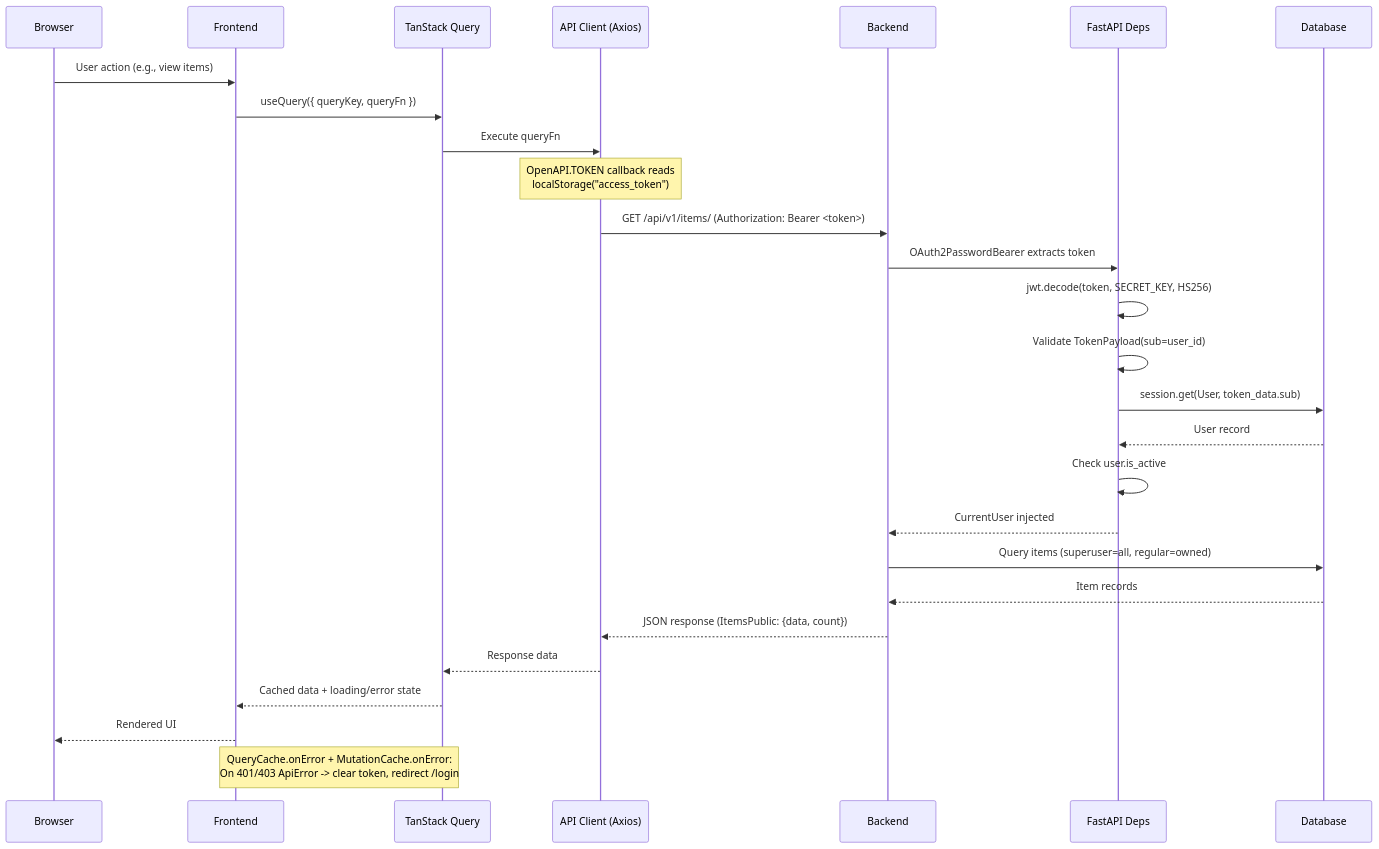
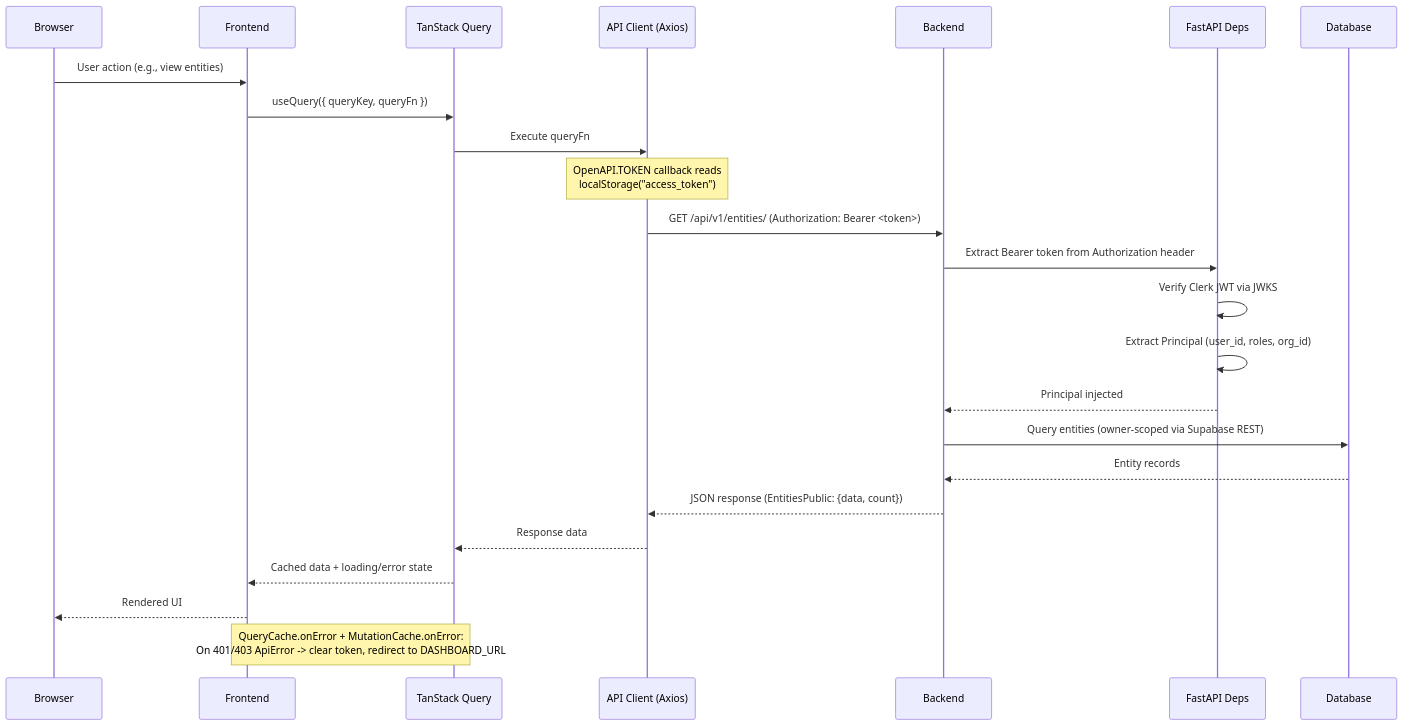
Before and after one commit to Aygentic/Aygentic-starter-template: the third of 6 diagrams in docs/architecture/overview.md, drawn with Mermaid. The commit also changed other lines of this file and 5 other files, not shown here.

````diff
--- a/docs/architecture/overview.md
+++ b/docs/architecture/overview.md
@@ -152,31 +157,28 @@
 ```mermaid
 sequenceDiagram
     participant Browser
     participant Frontend
     participant TanStackQuery as TanStack Query
     participant APIClient as API Client (Axios)
     participant Backend
     participant Dependencies as FastAPI Deps
     participant Database
 
-    Browser->>Frontend: User action (e.g., view items)
+    Browser->>Frontend: User action (e.g., view entities)
     Frontend->>TanStackQuery: useQuery({ queryKey, queryFn })
     TanStackQuery->>APIClient: Execute queryFn
     Note over APIClient: OpenAPI.TOKEN callback reads<br/>localStorage("access_token")
-    APIClient->>Backend: GET /api/v1/items/ (Authorization: Bearer <token>)
-    Backend->>Dependencies: OAuth2PasswordBearer extracts token
-    Dependencies->>Dependencies: jwt.decode(token, SECRET_KEY, HS256)
-    Dependencies->>Dependencies: Validate TokenPayload(sub=user_id)
-    Dependencies->>Database: session.get(User, token_data.sub)
-    Database-->>Dependencies: User record
-    Dependencies->>Dependencies: Check user.is_active
-    Dependencies-->>Backend: CurrentUser injected
-    Backend->>Database: Query items (superuser=all, regular=owned)
-    Database-->>Backend: Item records
-    Backend-->>APIClient: JSON response (ItemsPublic: {data, count})
+    APIClient->>Backend: GET /api/v1/entities/ (Authorization: Bearer <token>)
+    Backend->>Dependencies: Extract Bearer token from Authorization header
+    Dependencies->>Dependencies: Verify Clerk JWT via JWKS
+    Dependencies->>Dependencies: Extract Principal (user_id, roles, org_id)
+    Dependencies-->>Backend: Principal injected
+    Backend->>Database: Query entities (owner-scoped via Supabase REST)
+    Database-->>Backend: Entity records
+    Backend-->>APIClient: JSON response (EntitiesPublic: {data, count})
     APIClient-->>TanStackQuery: Response data
     TanStackQuery-->>Frontend: Cached data + loading/error state
     Frontend-->>Browser: Rendered UI
 
-    Note over TanStackQuery,Frontend: QueryCache.onError + MutationCache.onError:<br/>On 401/403 ApiError -> clear token, redirect /login
+    Note over TanStackQuery,Frontend: QueryCache.onError + MutationCache.onError:<br/>On 401/403 ApiError -> clear token, redirect to DASHBOARD_URL
 ```
````
